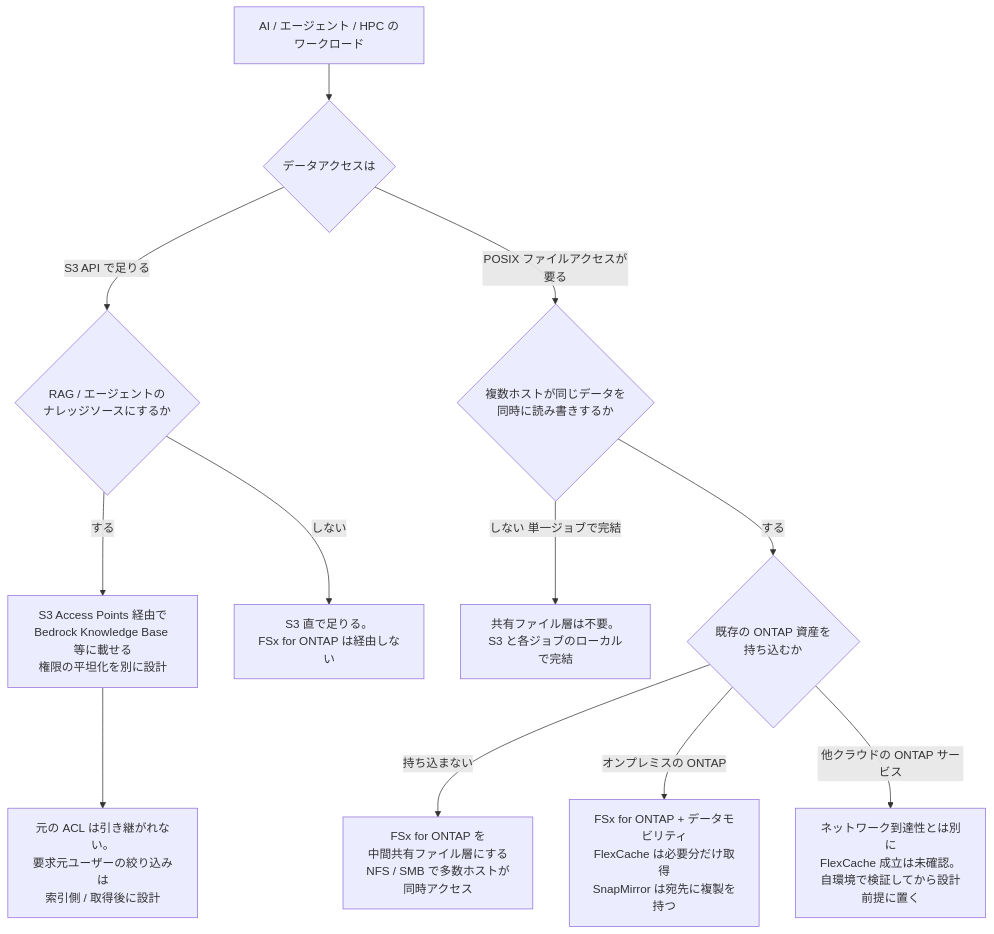
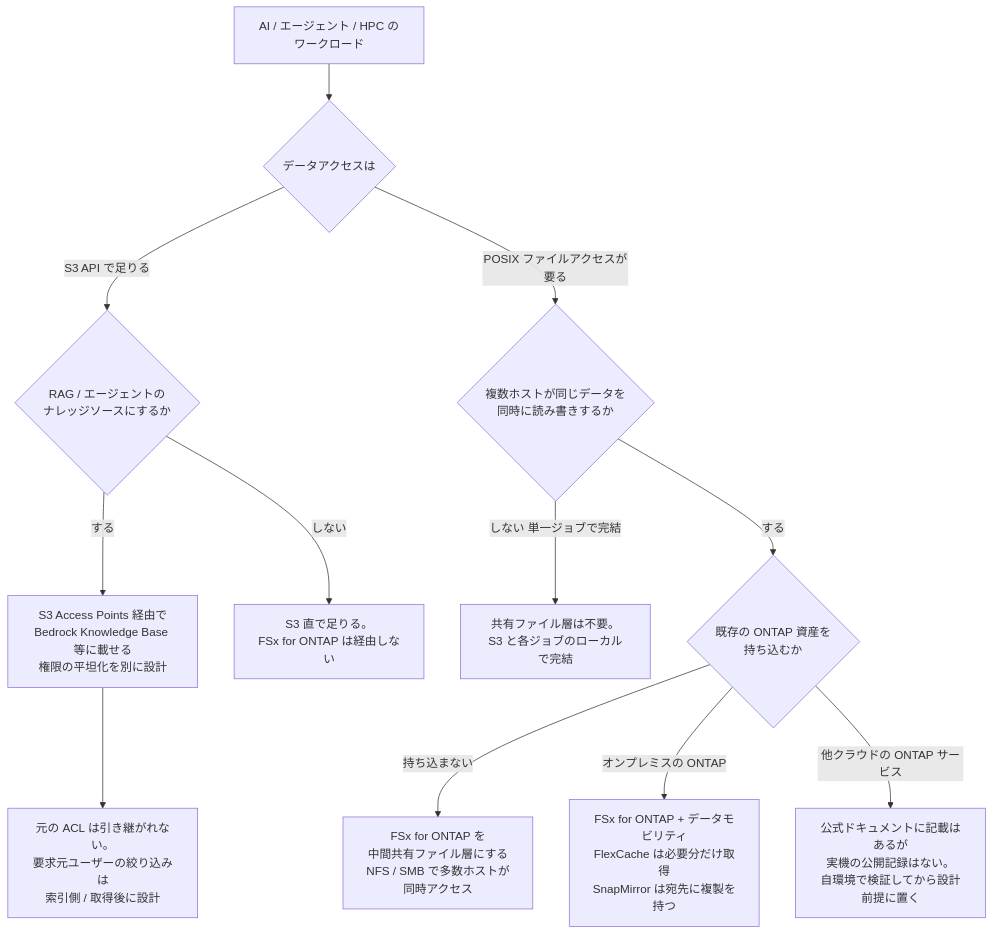
One commit to Yoshiki0705/FSx-for-ONTAP-Adoption-Playbook changed the diagram in docs/ja/reference/decision-trees/ai-workload-data-layer.md. Above: the diagram before and after it, drawn with Mermaid. The commit also changed other lines of this file and 33 other files, not shown here.

First line of the commit message:
docs: state cross-cloud FlexCache by direction from vendor docs

````diff
--- a/docs/ja/reference/decision-trees/ai-workload-data-layer.md
+++ b/docs/ja/reference/decision-trees/ai-workload-data-layer.md
@@ -43,19 +43,19 @@
 ```mermaid
 graph TD
     START[AI / エージェント / HPC のワークロード] --> ACCESS{データアクセスは}
 
     ACCESS -->|S3 API で足りる| MANAGED{RAG / エージェントの<br/>ナレッジソースにするか}
     ACCESS -->|POSIX ファイルアクセスが要る| SHARE{複数ホストが同じデータを<br/>同時に読み書きするか}
 
     SHARE -->|しない 単一ジョブで完結| NOSHARE["共有ファイル層は不要。<br/>S3 と各ジョブのローカルで完結"]
     SHARE -->|する| ASSET{既存の ONTAP 資産を<br/>持ち込むか}
 
     ASSET -->|持ち込まない| SHARED["FSx for ONTAP を<br/>中間共有ファイル層にする<br/>NFS / SMB で多数ホストが同時アクセス"]
     ASSET -->|オンプレミスの ONTAP| MOBIL["FSx for ONTAP + データモビリティ<br/>FlexCache は必要分だけ取得<br/>SnapMirror は宛先に複製を持つ"]
-    ASSET -->|他クラウドの ONTAP サービス| OPEN["ネットワーク到達性とは別に<br/>FlexCache 成立は未確認。<br/>自環境で検証してから設計前提に置く"]
+    ASSET -->|他クラウドの ONTAP サービス| OPEN["公式ドキュメントに記載はあるが<br/>実機の公開記録はない。<br/>自環境で検証してから設計前提に置く"]
 
     MANAGED -->|する| RAG["S3 Access Points 経由で<br/>Bedrock Knowledge Base 等に載せる<br/>権限の平坦化を別に設計"]
     MANAGED -->|しない| S3DIRECT["S3 直で足りる。<br/>FSx for ONTAP は経由しない"]
 
     RAG --> PERM["元の ACL は引き継がれない。<br/>要求元ユーザーの絞り込みは<br/>索引側 / 取得後に設計"]
 ```
````
